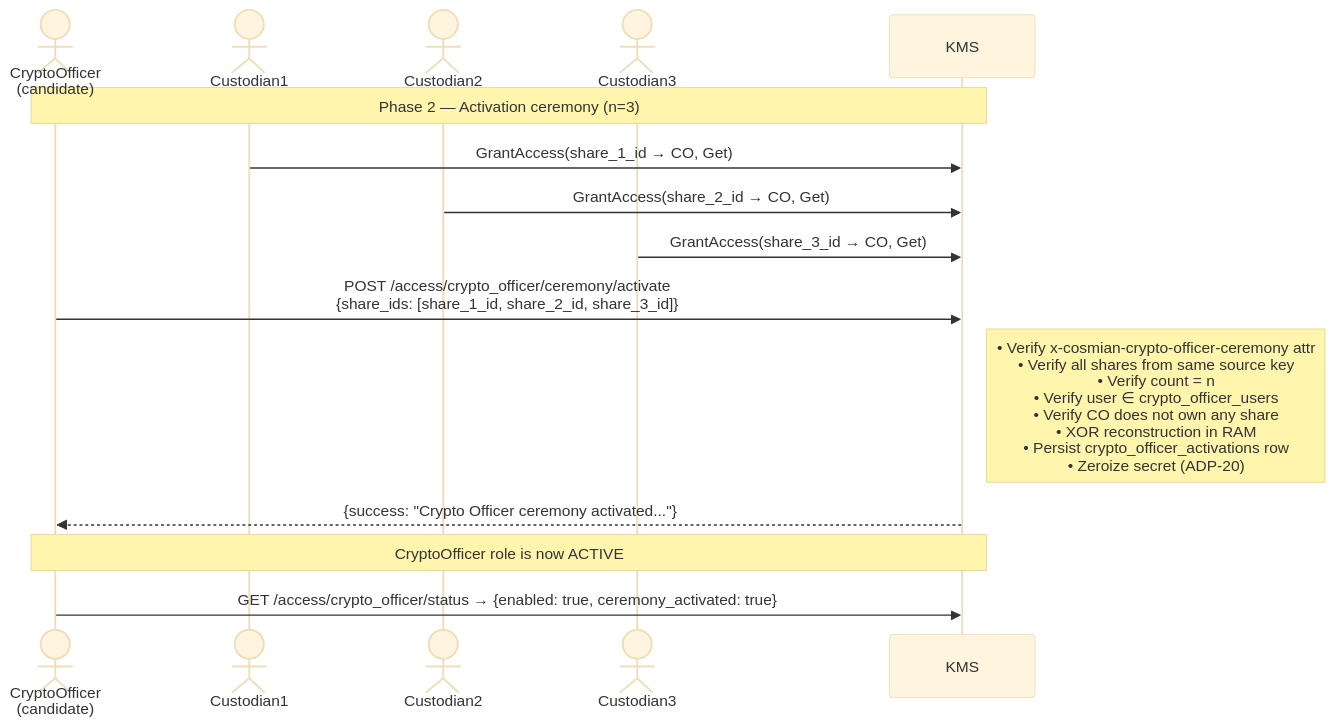
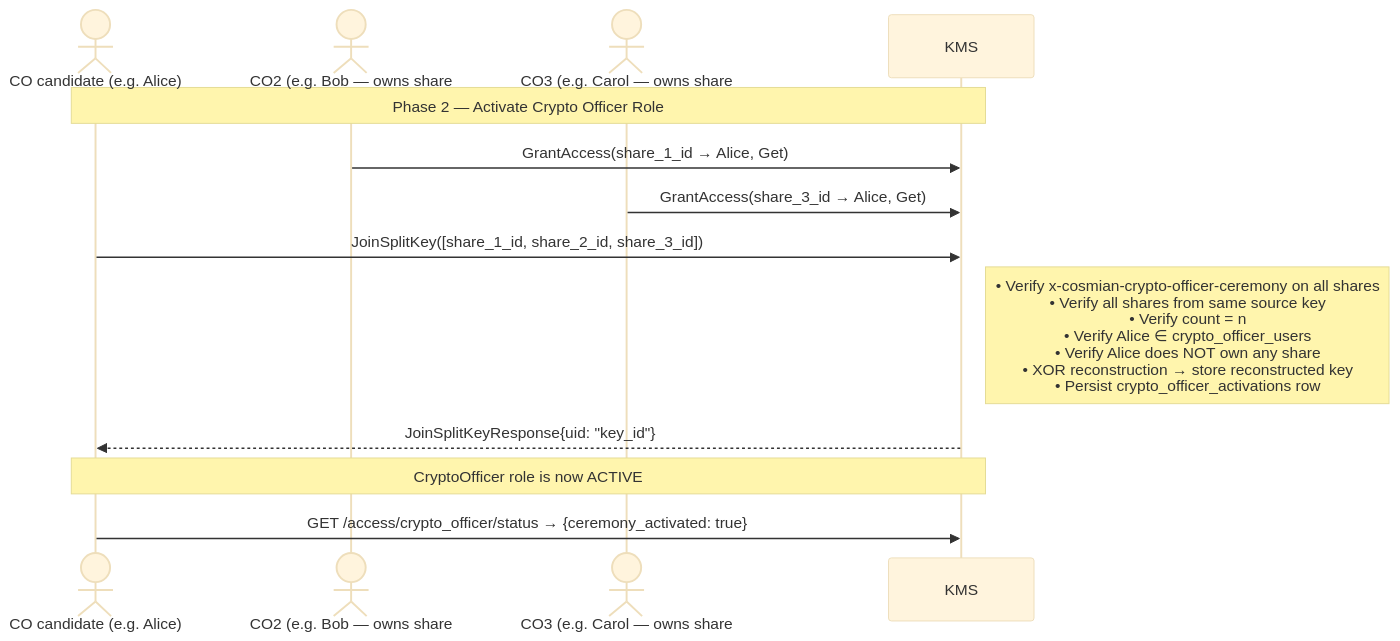
One commit to Cosmian/kms changed the third of 6 diagrams in documentation/docs/configuration/authorization/key_ceremony.md. Above: the diagram before and after it, drawn with Mermaid (base theme). The commit also changed other lines of this file and 48 other files, not shown here.

First line of the commit message:
feat(ui): brand theme + configurable split key ID + peer CO revocation UI

````diff
--- a/documentation/docs/configuration/authorization/key_ceremony.md
+++ b/documentation/docs/configuration/authorization/key_ceremony.md
@@ -223,21 +198,19 @@
 ```mermaid
 sequenceDiagram
-    actor CO as CryptoOfficer<br/>(candidate)
-    actor Custodian1
-    actor Custodian2
-    actor Custodian3
+    actor CO as CO candidate (e.g. Alice)
+    actor CO2 as CO2 (e.g. Bob — owns share#1)
+    actor CO3 as CO3 (e.g. Carol — owns share#3)
     participant KMS
 
-    Note over CO,KMS: Phase 2 — Activation ceremony (n=3)
+    Note over CO,KMS: Phase 2 — Activate Crypto Officer Role
 
-    Custodian1->>KMS: GrantAccess(share_1_id → CO, Get)
-    Custodian2->>KMS: GrantAccess(share_2_id → CO, Get)
-    Custodian3->>KMS: GrantAccess(share_3_id → CO, Get)
+    CO2->>KMS: GrantAccess(share_1_id → Alice, Get)
+    CO3->>KMS: GrantAccess(share_3_id → Alice, Get)
 
-    CO->>KMS: POST /access/crypto_officer/ceremony/activate<br/>{share_ids: [share_1_id, share_2_id, share_3_id]}
-    Note right of KMS: • Verify x-cosmian-crypto-officer-ceremony attr<br/>• Verify all shares from same source key<br/>• Verify count = n<br/>• Verify user ∈ crypto_officer_users<br/>• Verify CO does not own any share<br/>• XOR reconstruction in RAM<br/>• Persist crypto_officer_activations row<br/>• Zeroize secret (ADP-20)
-    KMS-->>CO: {success: "Crypto Officer ceremony activated..."}
+    CO->>KMS: JoinSplitKey([share_1_id, share_2_id, share_3_id])
+    Note right of KMS: • Verify x-cosmian-crypto-officer-ceremony on all shares<br/>• Verify all shares from same source key<br/>• Verify count = n<br/>• Verify Alice ∈ crypto_officer_users<br/>• Verify Alice does NOT own any share<br/>• XOR reconstruction → store reconstructed key<br/>• Persist crypto_officer_activations row
+    KMS-->>CO: JoinSplitKeyResponse{uid: "key_id"}
 
     Note over CO,KMS: CryptoOfficer role is now ACTIVE
-    CO->>KMS: GET /access/crypto_officer/status → {enabled: true, ceremony_activated: true}
+    CO->>KMS: GET /access/crypto_officer/status → {ceremony_activated: true}
 ```
````
